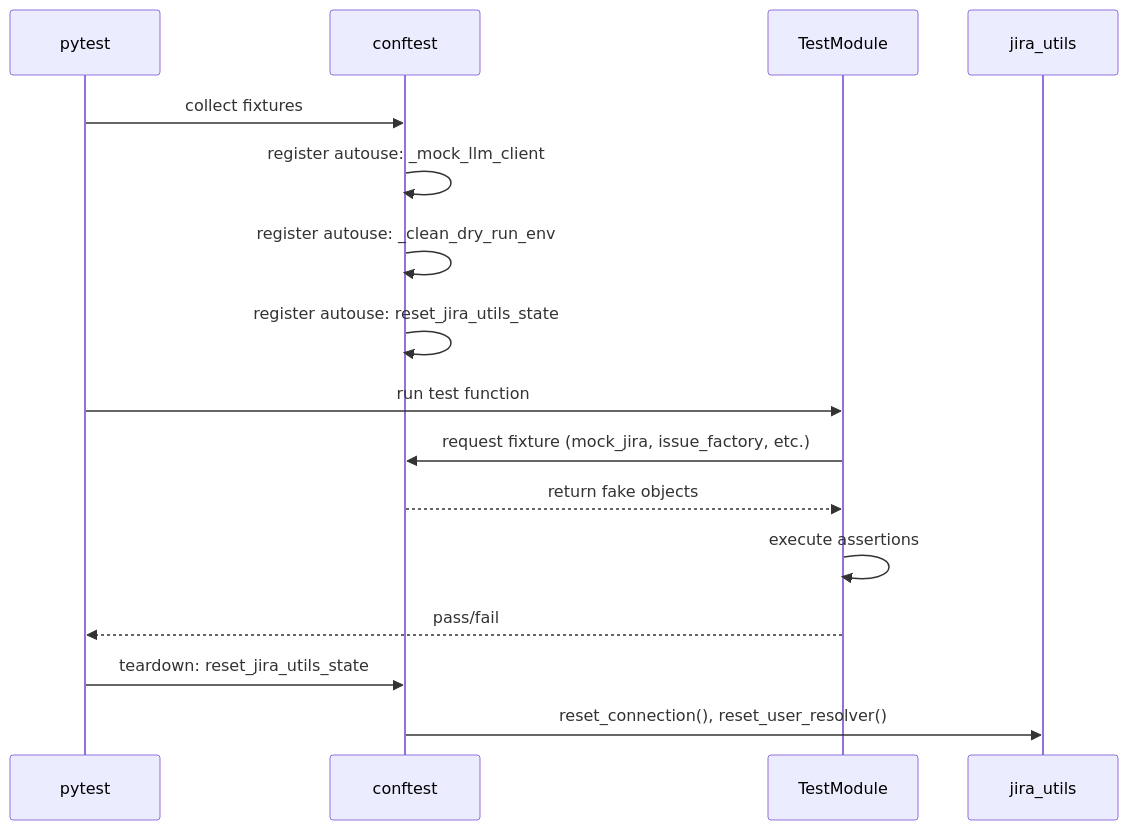
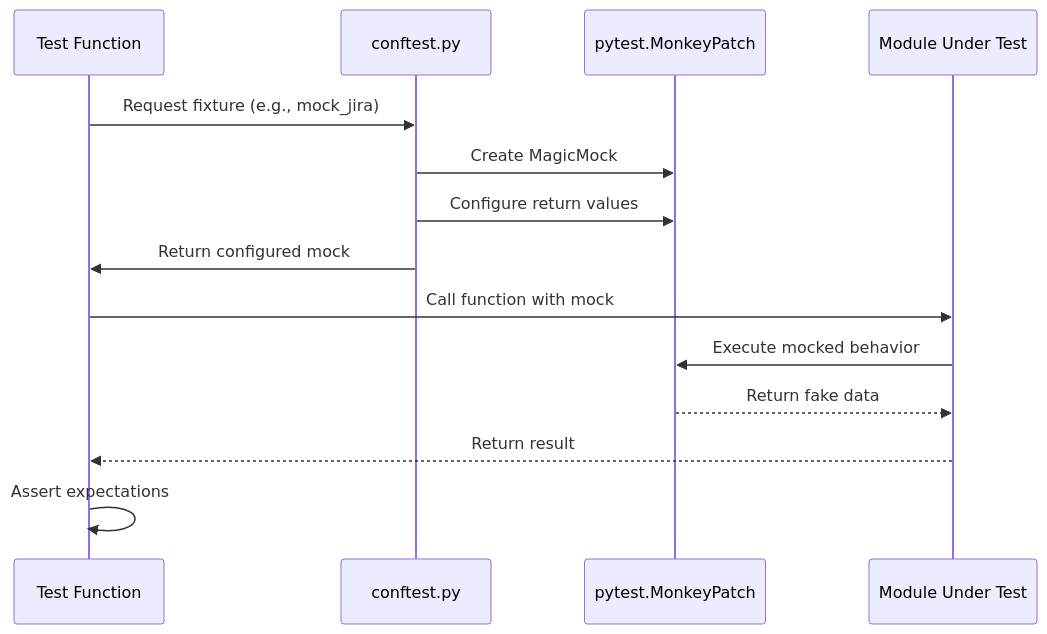
Before and after one commit to jmac-cornelis/agent-workforce: the second of 4 diagrams in docs/tests.md, drawn with Mermaid. The commit also changed other lines of this file and 5 other files, not shown here.

````diff
--- a/docs/tests.md
+++ b/docs/tests.md
@@ -67,19 +67,17 @@
 ```mermaid
 sequenceDiagram
-    participant pytest
-    participant conftest
-    participant TestModule
-    participant jira_utils
-
-    pytest->>conftest: collect fixtures
-    conftest->>conftest: register autouse: _mock_llm_client
-    conftest->>conftest: register autouse: _clean_dry_run_env
-    conftest->>conftest: register autouse: reset_jira_utils_state
-    pytest->>TestModule: run test function
-    TestModule->>conftest: request fixture (mock_jira, issue_factory, etc.)
-    conftest-->>TestModule: return fake objects
-    TestModule->>TestModule: execute assertions
-    TestModule-->>pytest: pass/fail
-    pytest->>conftest: teardown: reset_jira_utils_state
-    conftest->>jira_utils: reset_connection(), reset_user_resolver()
+    participant Test as Test Function
+    participant Conftest as conftest.py
+    participant Monkeypatch as pytest.MonkeyPatch
+    participant Module as Module Under Test
+    
+    Test->>Conftest: Request fixture (e.g., mock_jira)
+    Conftest->>Monkeypatch: Create MagicMock
+    Conftest->>Monkeypatch: Configure return values
+    Conftest->>Test: Return configured mock
+    Test->>Module: Call function with mock
+    Module->>Monkeypatch: Execute mocked behavior
+    Monkeypatch-->>Module: Return fake data
+    Module-->>Test: Return result
+    Test->>Test: Assert expectations
 ```
````
